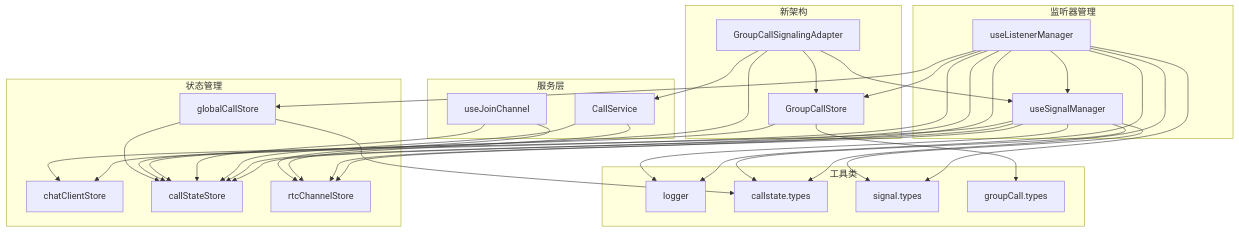
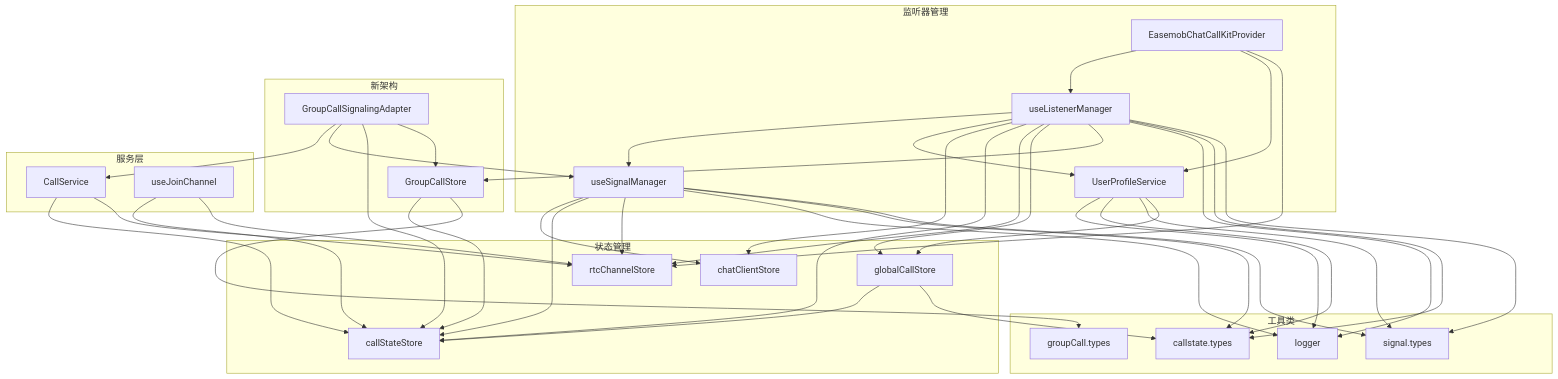
One commit to Easemob-Community/easemob-uikit-callkit-vue3 changed diagram 20 of 22 in .qoder/repowiki/zh/content/组合式 API/监听器管理 API.md. Above: the diagram before and after it, drawn with Mermaid. The commit also changed other lines of this file and 58 other files, not shown here.

````diff
--- a/.qoder/repowiki/zh/content/组合式 API/监听器管理 API.md
+++ b/.qoder/repowiki/zh/content/组合式 API/监听器管理 API.md
@@ -642,54 +906,64 @@
 ```mermaid
 graph TB
 subgraph "监听器管理"
 LM[useListenerManager]
 SM[useSignalManager]
+UPS[UserProfileService]
+ELM[EasemobChatCallKitProvider]
 end
 subgraph "状态管理"
 CS[chatClientStore]
 CL[callStateStore]
 RC[rtcChannelStore]
 GCS[globalCallStore]
 end
 subgraph "新架构"
 GCS2[GroupCallStore]
 GSA[GroupCallSignalingAdapter]
 end
 subgraph "服务层"
 CSvc[CallService]
 JC[useJoinChannel]
 end
 subgraph "工具类"
 LG[logger]
 CT[callstate.types]
 ST[signal.types]
 GT[groupCall.types]
 end
 LM --> SM
+LM --> UPS
 LM --> CS
 LM --> CL
 LM --> RC
 LM --> GCS
 LM --> GCS2
 SM --> CS
 SM --> CL
 SM --> RC
 CSvc --> CL
 CSvc --> RC
 JC --> CL
 JC --> RC
 LM --> LG
 SM --> LG
+UPS --> LG
+ELM --> LM
+ELM --> UPS
+ELM --> RC
 LM --> CT
 LM --> ST
 SM --> CT
 SM --> ST
+UPS --> CT
+UPS --> ST
 GSA --> CSvc
 GSA --> SM
 GSA --> CL
 GSA --> GCS2
 GCS2 --> CL
 GCS2 --> GT
 GCS --> CL
 GCS --> CT
+UPS --> GCS
 ```
````
